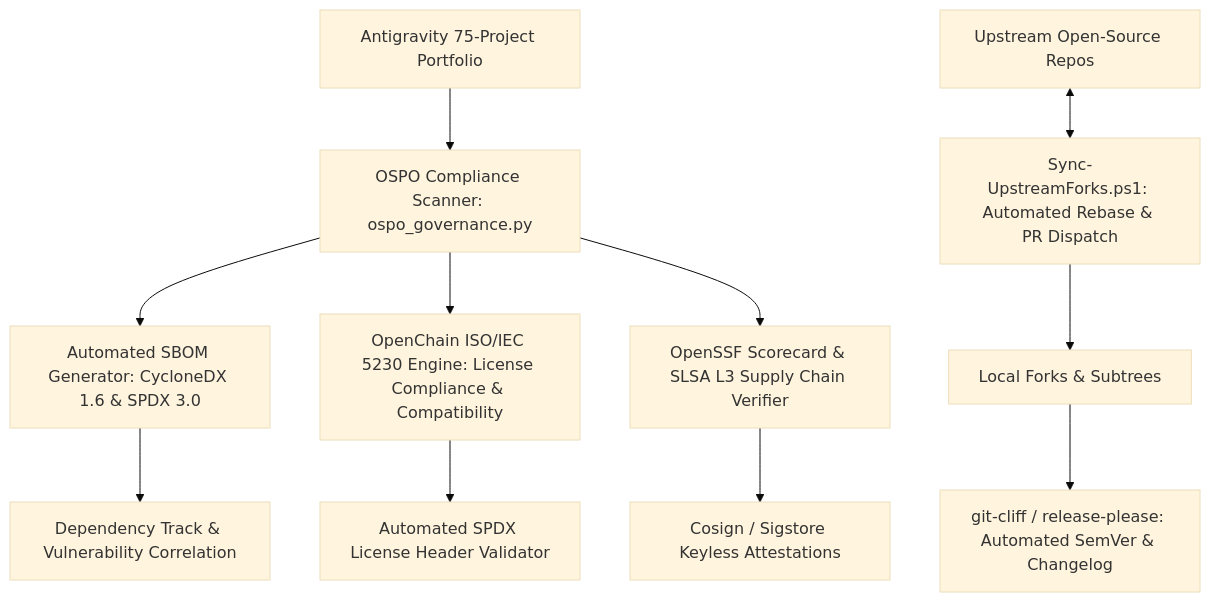
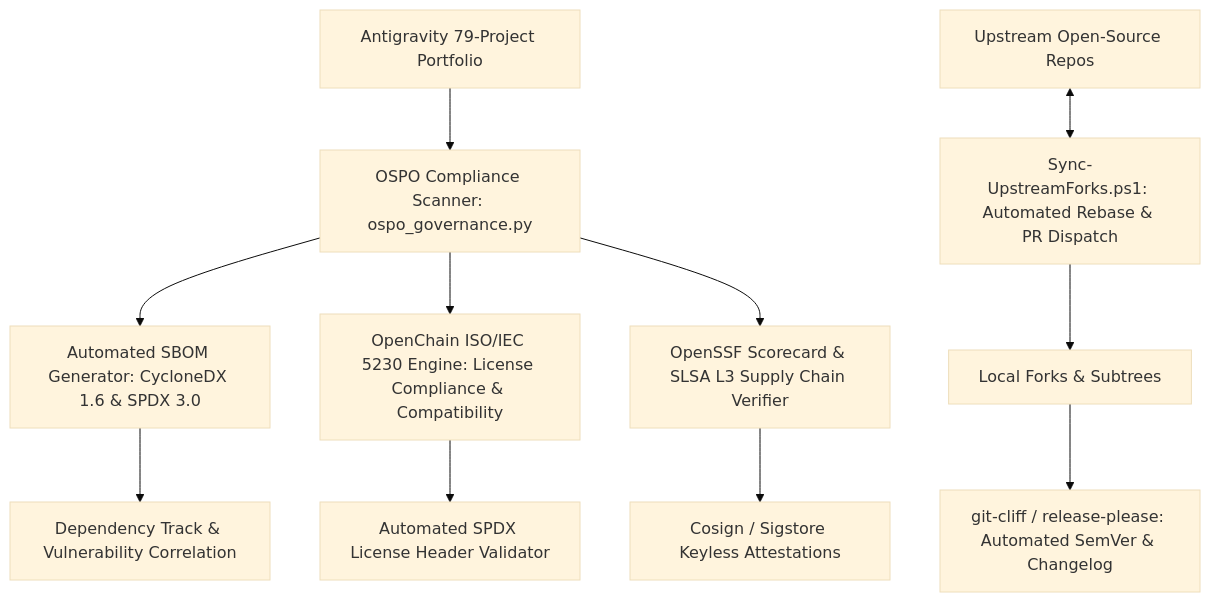
One commit to Chammin00/project-refinement changed the seventh of 8 diagrams in SECURITY_AND_INFRASTRUCTURE_ENHANCEMENT.md. Above: the diagram before and after it, drawn with Mermaid (base theme). The commit also changed other lines of this file and 6 other files, not shown here.

````diff
--- a/SECURITY_AND_INFRASTRUCTURE_ENHANCEMENT.md
+++ b/SECURITY_AND_INFRASTRUCTURE_ENHANCEMENT.md
@@ -921,15 +932,15 @@
 ```mermaid
 flowchart TD
-    Portfolio[Antigravity 75-Project Portfolio] --> Scanner[OSPO Compliance Scanner: ospo_governance.py]
+    Portfolio[Antigravity 79-Project Portfolio] --> Scanner[OSPO Compliance Scanner: ospo_governance.py]
     Scanner --> SBOM[Automated SBOM Generator: CycloneDX 1.6 & SPDX 3.0]
     Scanner --> License[OpenChain ISO/IEC 5230 Engine: License Compliance & Compatibility]
     Scanner --> OpenSSF[OpenSSF Scorecard & SLSA L3 Supply Chain Verifier]
     
     SBOM --> DependencyGraph[Dependency Track & Vulnerability Correlation]
     License --> HeaderCheck[Automated SPDX License Header Validator]
     OpenSSF --> Provenance[Cosign / Sigstore Keyless Attestations]
     
     Upstream[Upstream Open-Source Repos] <--> SyncDaemon[Sync-UpstreamForks.ps1: Automated Rebase & PR Dispatch]
     SyncDaemon --> LocalForks[Local Forks & Subtrees]
     LocalForks --> ReleaseAutomation[git-cliff / release-please: Automated SemVer & Changelog]
 ```
````
